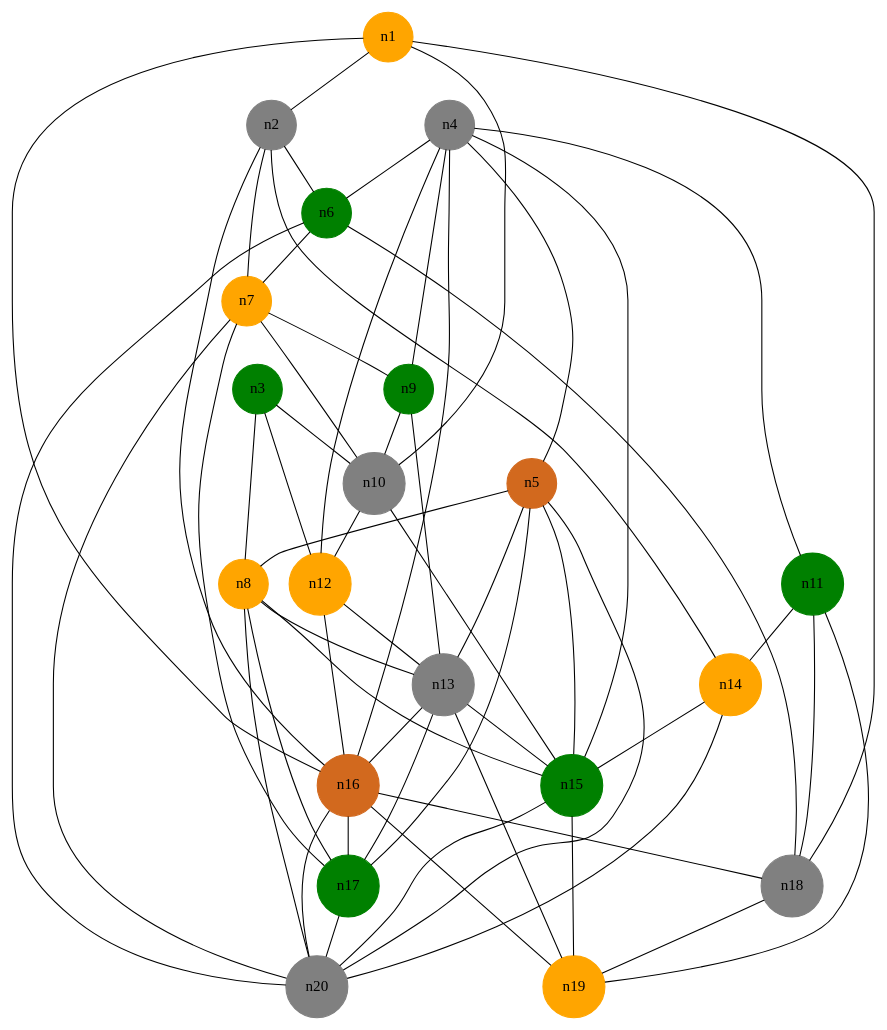
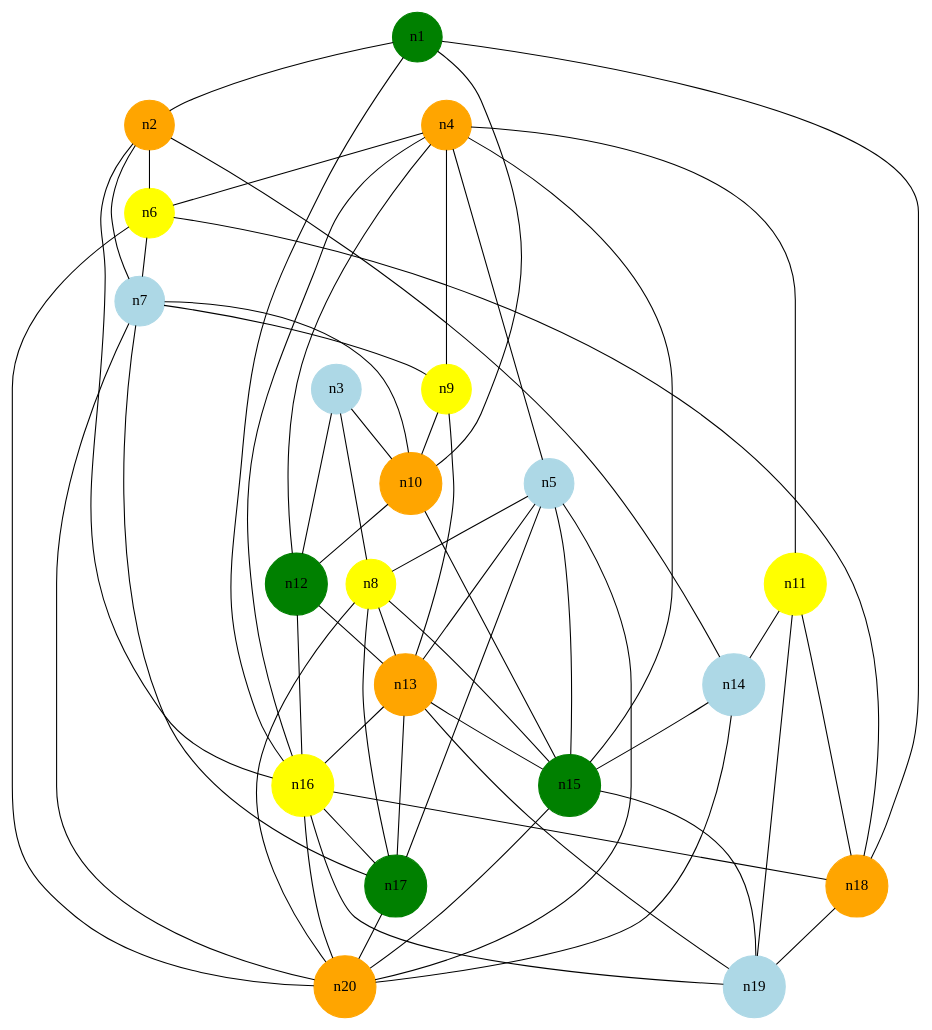
Before and after one commit to aopt/OptimizationModels: the diagram in GraphColoring/graph1.gv, drawn with Graphviz. The commit also changed 3 other files, not shown here.

```diff
--- a/GraphColoring/graph1.gv
+++ b/GraphColoring/graph1.gv
@@ -1,64 +1,64 @@
 graph neato{
-node [shape=circle,style=filled,color=orange] n1 n7 n8 n12 n14 n19
-node [shape=circle,style=filled,color=green] n3 n6 n9 n11 n15 n17
-node [shape=circle,style=filled,color=chocolate] n5 n16
-node [shape=circle,style=filled,color=grey] n2 n4 n10 n13 n18 n20
+node [shape=circle,style=filled,color=orange] n2 n4 n10 n13 n18 n20
+node [shape=circle,style=filled,color=lightblue] n3 n5 n7 n14 n19
+node [shape=circle,style=filled,color=yellow] n6 n8 n9 n11 n16
+node [shape=circle,style=filled,color=green] n1 n12 n15 n17
 edge [color=black]
 n1--n2
 n1--n10
 n1--n16
 n1--n18
 n2--n6
 n2--n7
 n2--n14
 n2--n16
 n3--n8
 n3--n10
 n3--n12
 n4--n5
 n4--n6
 n4--n9
 n4--n11
 n4--n12
 n4--n15
 n4--n16
 n5--n8
 n5--n13
 n5--n15
 n5--n17
 n5--n20
 n6--n7
 n6--n18
 n6--n20
 n7--n9
 n7--n10
 n7--n17
 n7--n20
 n8--n13
 n8--n15
 n8--n17
 n8--n20
 n9--n10
 n9--n13
 n10--n12
 n10--n15
 n11--n14
 n11--n18
 n11--n19
 n12--n13
 n12--n16
 n13--n15
 n13--n16
 n13--n17
 n13--n19
 n14--n15
 n14--n20
 n15--n19
 n15--n20
 n16--n17
 n16--n18
 n16--n19
 n16--n20
 n17--n20
 n18--n19
 }
```
